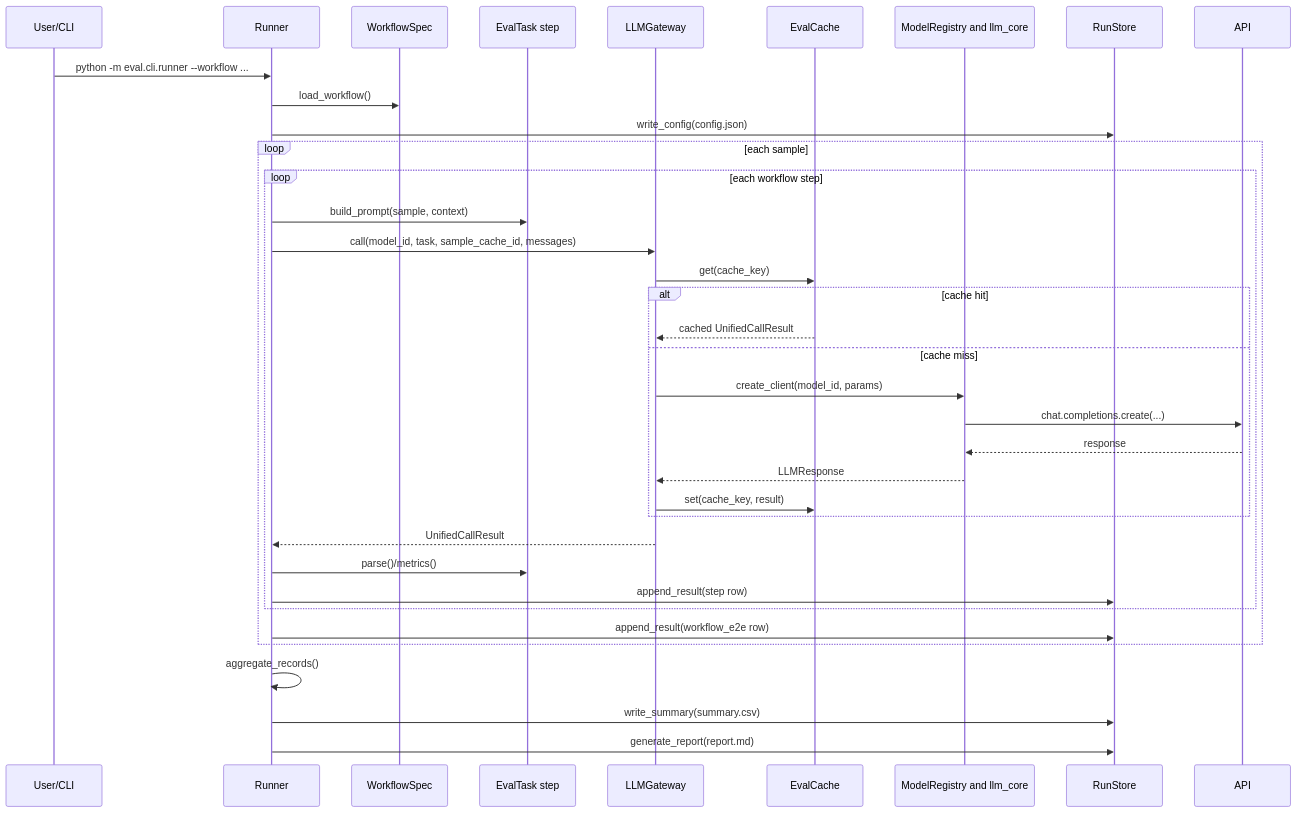
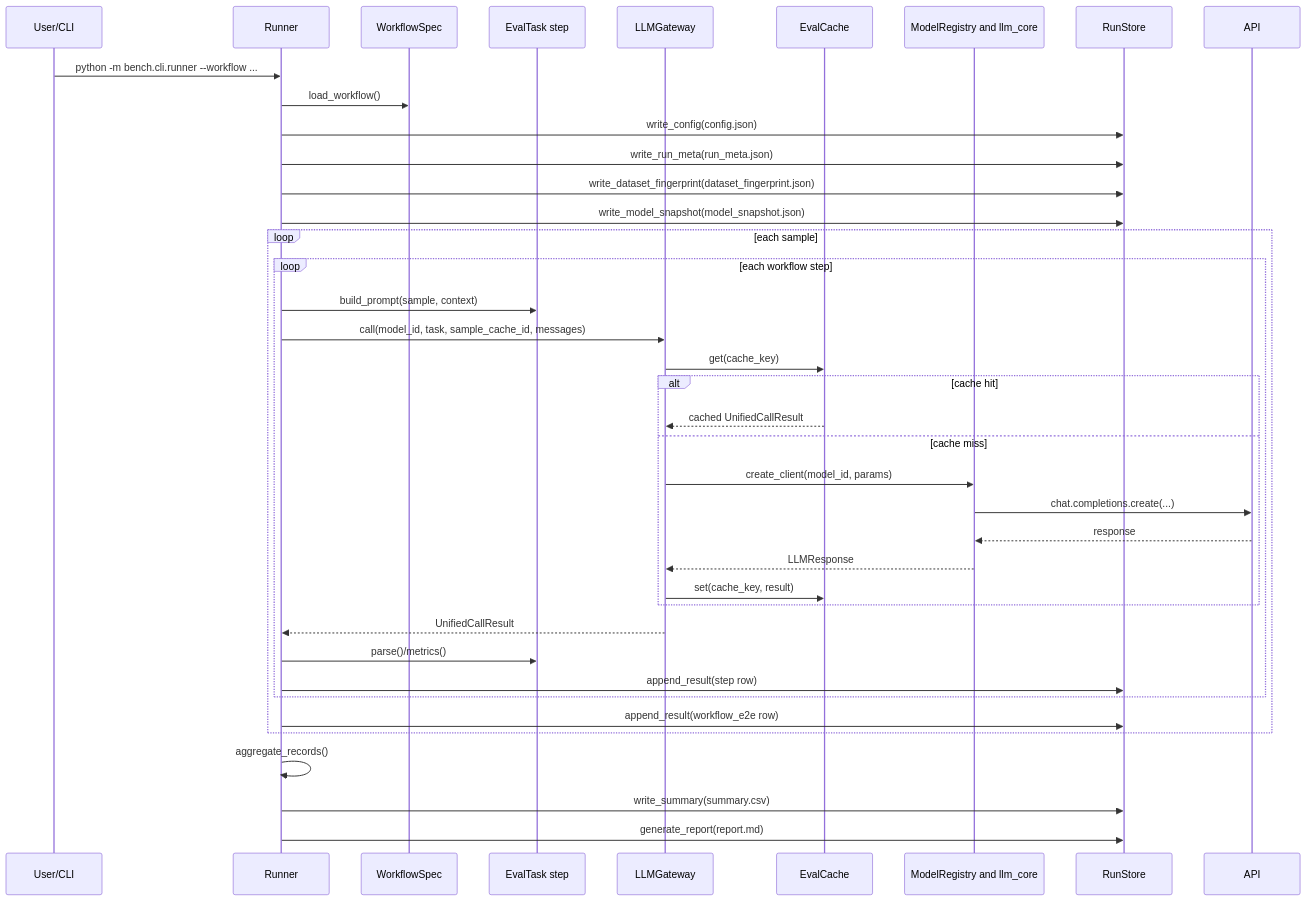
Before and after one commit to TianMeet/llm-benchmark-2-news: the second of 2 diagrams in docs/system_architecture.md, drawn with Mermaid. The commit also changed other lines of this file and 87 other files, not shown here.

Commit message:
migrate eval to bench, clean artifacts, and harden runtime reliability

````diff
--- a/docs/system_architecture.md
+++ b/docs/system_architecture.md
@@ -145,41 +148,44 @@
 ```mermaid
 sequenceDiagram
   participant U as User/CLI
   participant R as Runner
   participant W as WorkflowSpec
   participant T as EvalTask step
   participant G as LLMGateway
   participant C as EvalCache
   participant M as ModelRegistry and llm_core
   participant S as RunStore
   participant A as API
 
-  U->>R: python -m eval.cli.runner --workflow ...
+  U->>R: python -m bench.cli.runner --workflow ...
   R->>W: load_workflow()
   R->>S: write_config(config.json)
+  R->>S: write_run_meta(run_meta.json)
+  R->>S: write_dataset_fingerprint(dataset_fingerprint.json)
+  R->>S: write_model_snapshot(model_snapshot.json)
 
   loop each sample
     loop each workflow step
       R->>T: build_prompt(sample, context)
       R->>G: call(model_id, task, sample_cache_id, messages)
       G->>C: get(cache_key)
       alt cache hit
         C-->>G: cached UnifiedCallResult
       else cache miss
         G->>M: create_client(model_id, params)
         M->>A: chat.completions.create(...)
         A-->>M: response
         M-->>G: LLMResponse
         G->>C: set(cache_key, result)
       end
       G-->>R: UnifiedCallResult
       R->>T: parse()/metrics()
       R->>S: append_result(step row)
     end
     R->>S: append_result(workflow_e2e row)
   end
 
   R->>R: aggregate_records()
   R->>S: write_summary(summary.csv)
   R->>S: generate_report(report.md)
 ```
````
